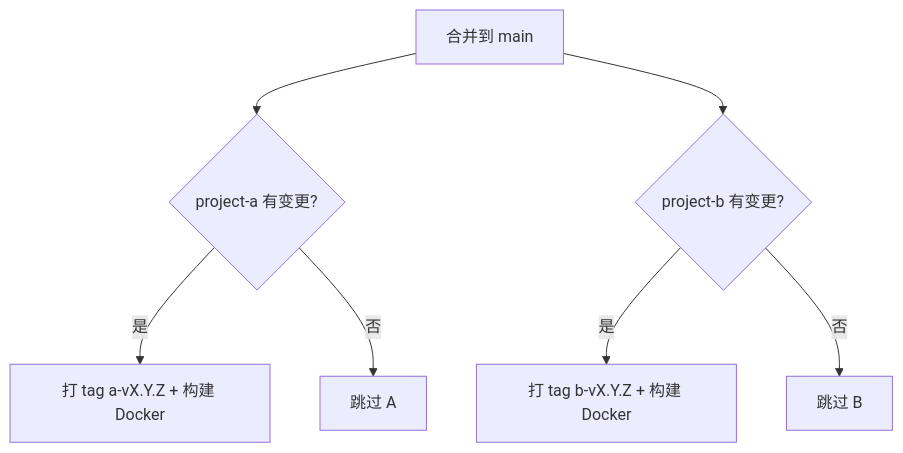
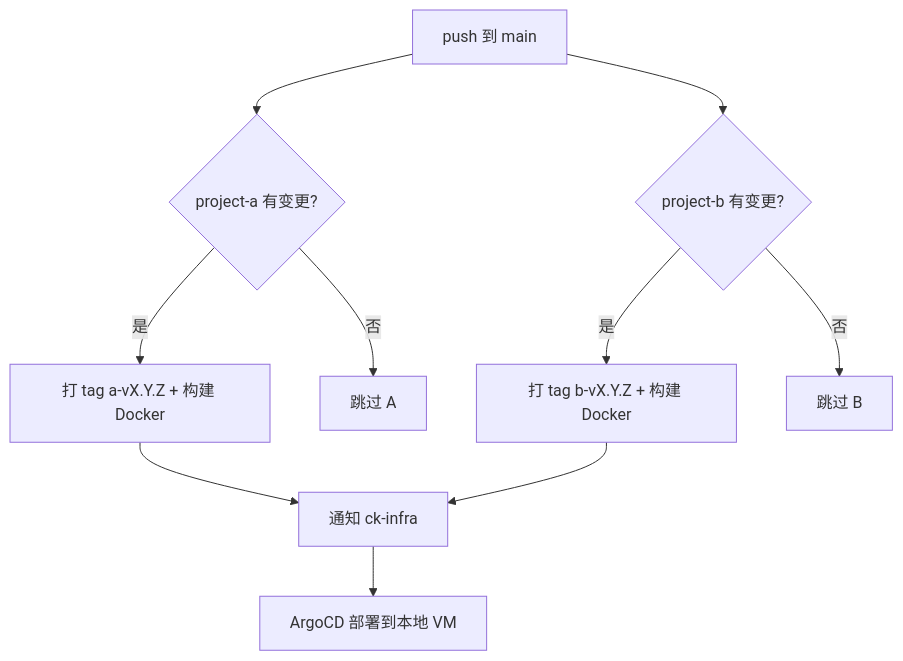
Before and after one commit to zhang-zixu/ck-develop: the diagram in README.md, drawn with Mermaid. The commit also changed other lines of this file and 1 other file, not shown here.

Commit message:
feat: notify ck-infra after image build on release

````diff
--- a/README.md
+++ b/README.md
@@ -33,9 +47,12 @@
 ```mermaid
 flowchart TD
-    A[合并到 main] --> B{project-a 有变更?}
+    A[push 到 main] --> B{project-a 有变更?}
     A --> C{project-b 有变更?}
     B -->|是| D[打 tag a-vX.Y.Z + 构建 Docker]
     B -->|否| E[跳过 A]
     C -->|是| F[打 tag b-vX.Y.Z + 构建 Docker]
     C -->|否| G[跳过 B]
+    D --> H[通知 ck-infra]
+    F --> H
+    H --> I[ArgoCD 部署到本地 VM]
 ```
````
